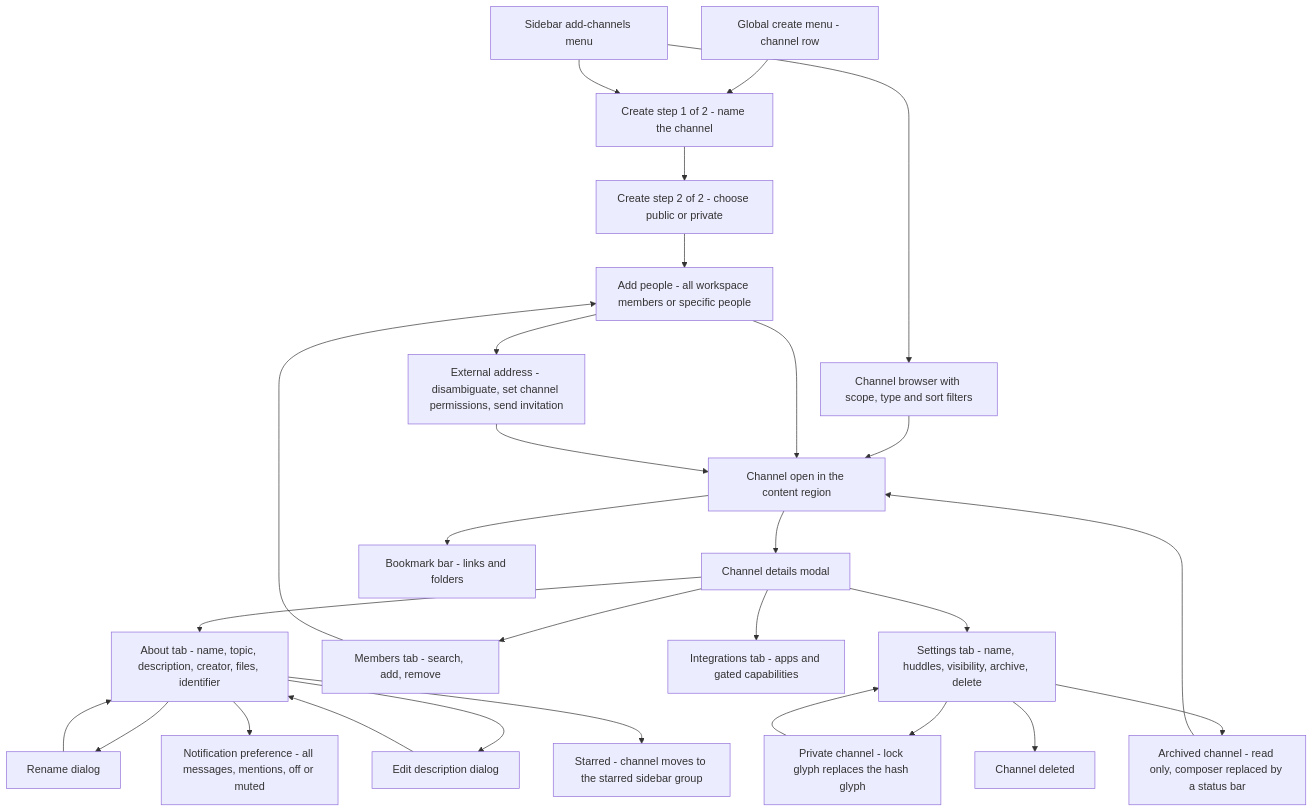
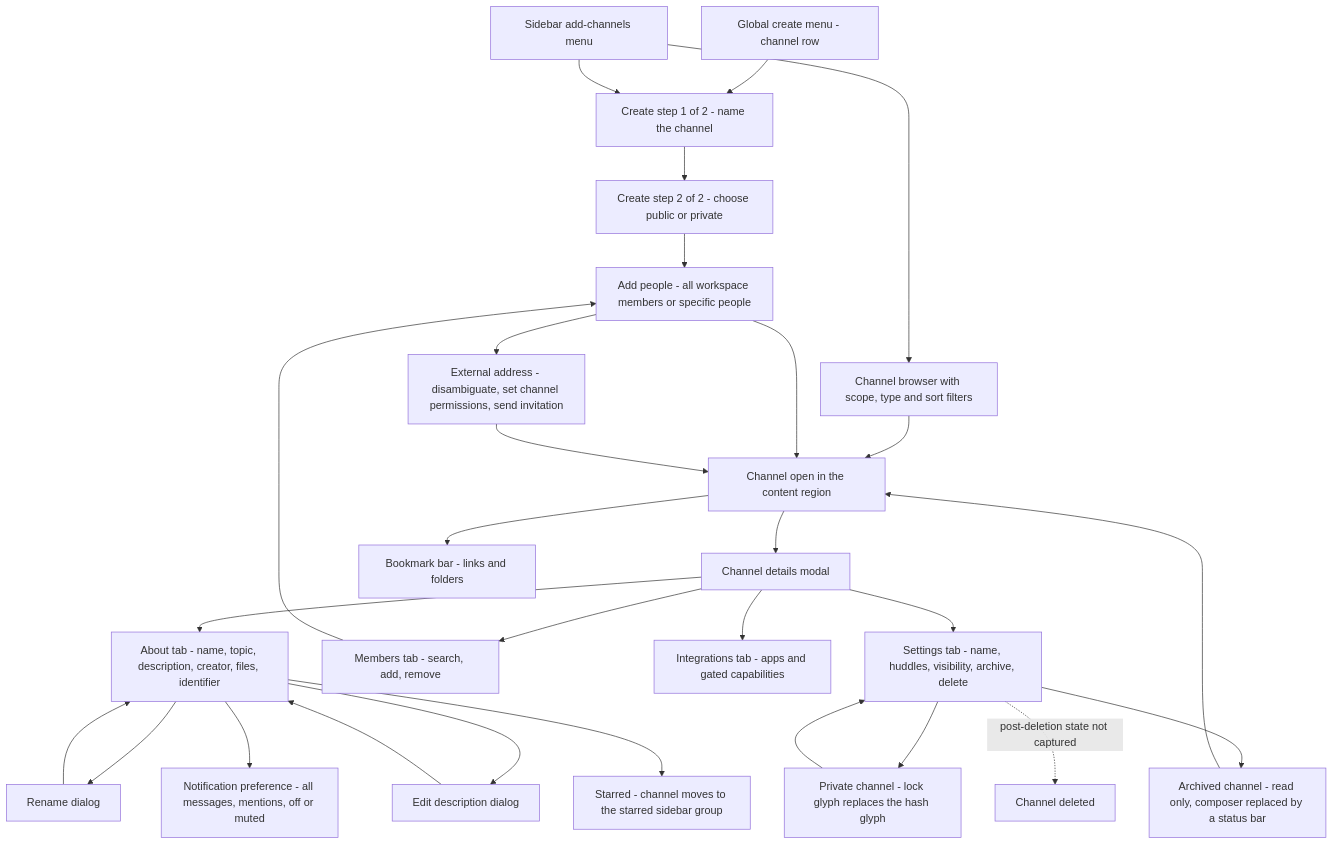
The first of 2 diagrams in docs/workflows/02-channels.md (blitzy-research/blitzy-slack), drawn with Mermaid before and after one commit. The commit also changed other lines of this file and 17 other files, not shown here.

````diff
--- a/docs/workflows/02-channels.md
+++ b/docs/workflows/02-channels.md
@@ -53,52 +53,52 @@
 ```mermaid
 flowchart TD
     CREATEMENU["Global create menu - channel row"]
     ADDMENU["Sidebar add-channels menu"]
     BROWSER["Channel browser with scope, type and sort filters"]
     STEP1["Create step 1 of 2 - name the channel"]
     STEP2["Create step 2 of 2 - choose public or private"]
     ADDPEOPLE["Add people - all workspace members or specific people"]
     EXTERNAL["External address - disambiguate, set channel permissions, send invitation"]
     OPEN["Channel open in the content region"]
     DETAILS["Channel details modal"]
     ABOUT["About tab - name, topic, description, creator, files, identifier"]
     MEMBERS["Members tab - search, add, remove"]
     INTEGRATIONS["Integrations tab - apps and gated capabilities"]
     SETTINGS["Settings tab - name, huddles, visibility, archive, delete"]
     RENAME["Rename dialog"]
     DESCRIPTION["Edit description dialog"]
     NOTIFY["Notification preference - all messages, mentions, off or muted"]
     STAR["Starred - channel moves to the starred sidebar group"]
     BOOKMARKS["Bookmark bar - links and folders"]
     PRIVATE["Private channel - lock glyph replaces the hash glyph"]
     ARCHIVED["Archived channel - read only, composer replaced by a status bar"]
     DELETED["Channel deleted"]
 
     CREATEMENU --> STEP1
     ADDMENU --> STEP1
     ADDMENU --> BROWSER
     BROWSER --> OPEN
     STEP1 --> STEP2
     STEP2 --> ADDPEOPLE
     ADDPEOPLE --> EXTERNAL
     ADDPEOPLE --> OPEN
     EXTERNAL --> OPEN
     OPEN --> DETAILS
     OPEN --> BOOKMARKS
     DETAILS --> ABOUT
     DETAILS --> MEMBERS
     DETAILS --> INTEGRATIONS
     DETAILS --> SETTINGS
     ABOUT --> RENAME
     ABOUT --> DESCRIPTION
     ABOUT --> NOTIFY
     ABOUT --> STAR
     RENAME --> ABOUT
     DESCRIPTION --> ABOUT
     MEMBERS --> ADDPEOPLE
     SETTINGS --> PRIVATE
     SETTINGS --> ARCHIVED
-    SETTINGS --> DELETED
+    SETTINGS -.->|"post-deletion state not captured"| DELETED
     PRIVATE --> SETTINGS
     ARCHIVED --> OPEN
 ```
````
